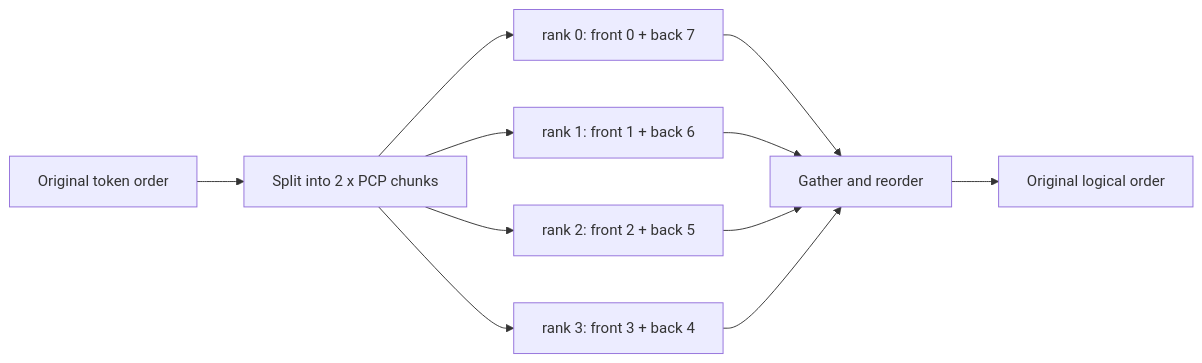
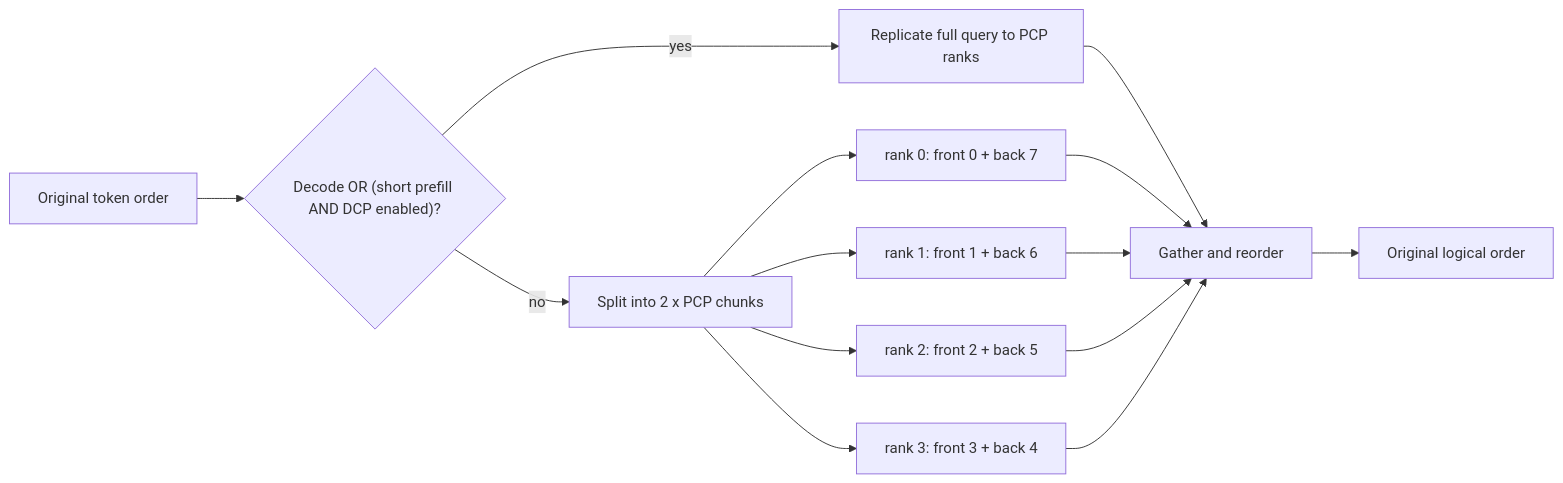
Diagram 16 of 26 in book/09-distributed/README.md (cluster1900/vllm_reader), drawn with Mermaid before and after one commit. The commit also changed other lines of this file and 26 other files, not shown here.

````diff
--- a/book/09-distributed/README.md
+++ b/book/09-distributed/README.md
@@ -887,13 +890,16 @@
 ```mermaid
 flowchart LR
-    T[Original token order] --> C[Split into 2 x PCP chunks]
+    T[Original token order] --> K{"Decode OR (short prefill AND DCP enabled)?"}
+    K -->|no| C[Split into 2 x PCP chunks]
+    K -->|yes| REP[Replicate full query to PCP ranks]
+    REP --> G[Gather and reorder]
     C --> R0[rank 0: front 0 + back 7]
     C --> R1[rank 1: front 1 + back 6]
     C --> R2[rank 2: front 2 + back 5]
     C --> R3[rank 3: front 3 + back 4]
     R0 --> G[Gather and reorder]
     R1 --> G
     R2 --> G
     R3 --> G
     G --> O[Original logical order]
 ```
````
